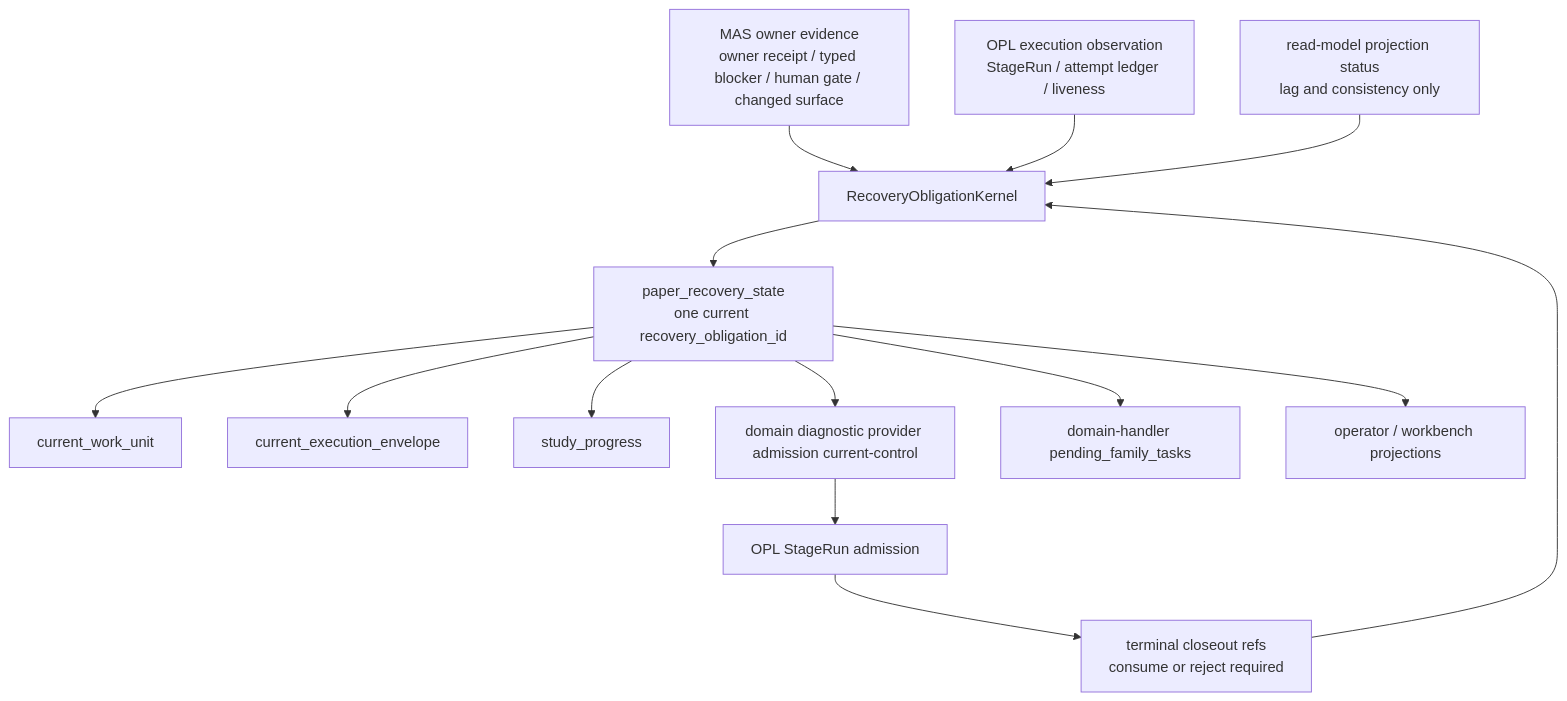
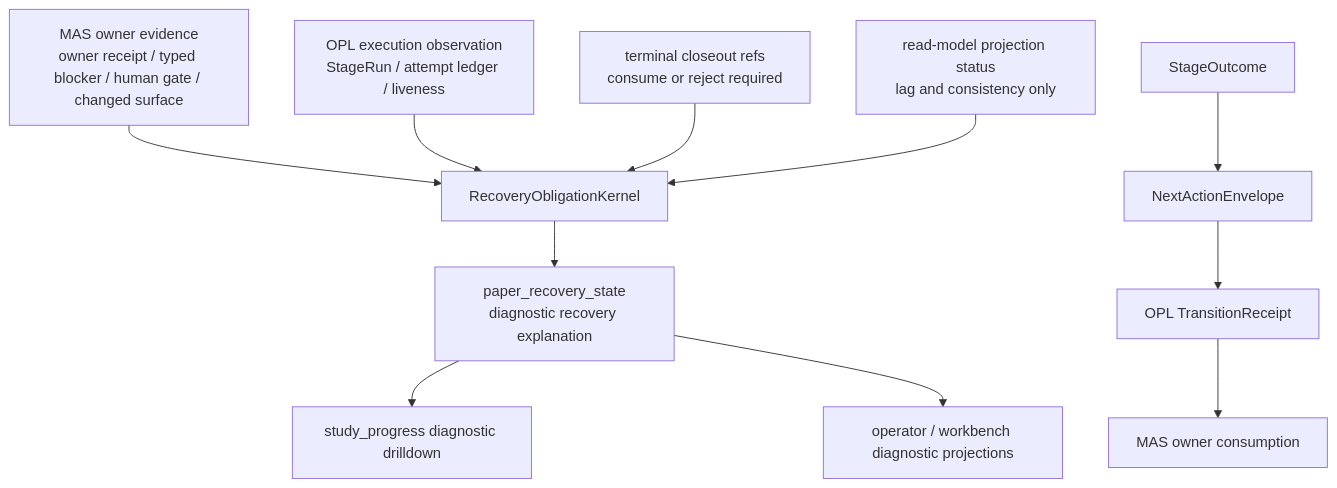
Before and after one commit to gaofeng21cn/med-autoscience: the diagram in docs/runtime/designs/paper_recovery_obligation_target_architecture.md, drawn with Mermaid. The commit also changed other lines of this file and 25 other files, not shown here.

Commit message:
refactor: demote legacy next action authority

````diff
--- a/docs/runtime/designs/paper_recovery_obligation_target_architecture.md
+++ b/docs/runtime/designs/paper_recovery_obligation_target_architecture.md
@@ -18,16 +20,13 @@
 ```mermaid
 flowchart TD
   A["MAS owner evidence<br/>owner receipt / typed blocker / human gate / changed surface"] --> K["RecoveryObligationKernel"]
   B["OPL execution observation<br/>StageRun / attempt ledger / liveness"] --> K
   C["terminal closeout refs<br/>consume or reject required"] --> K
   D["read-model projection status<br/>lag and consistency only"] --> K
-  K --> S["paper_recovery_state<br/>one current recovery_obligation_id"]
-  S --> W["current_work_unit"]
-  S --> E["current_execution_envelope"]
-  S --> P["study_progress"]
-  S --> H["domain diagnostic provider admission current-control"]
-  S --> X["domain-handler pending_family_tasks"]
-  S --> O["operator / workbench projections"]
-  H --> R["OPL StageRun admission"]
-  R --> C
+  K --> S["paper_recovery_state<br/>diagnostic recovery explanation"]
+  S --> P["study_progress diagnostic drilldown"]
+  S --> O["operator / workbench diagnostic projections"]
+  SO["StageOutcome"] --> NA["NextActionEnvelope"]
+  NA --> TR["OPL TransitionReceipt"]
+  TR --> MC["MAS owner consumption"]
 ```
````
